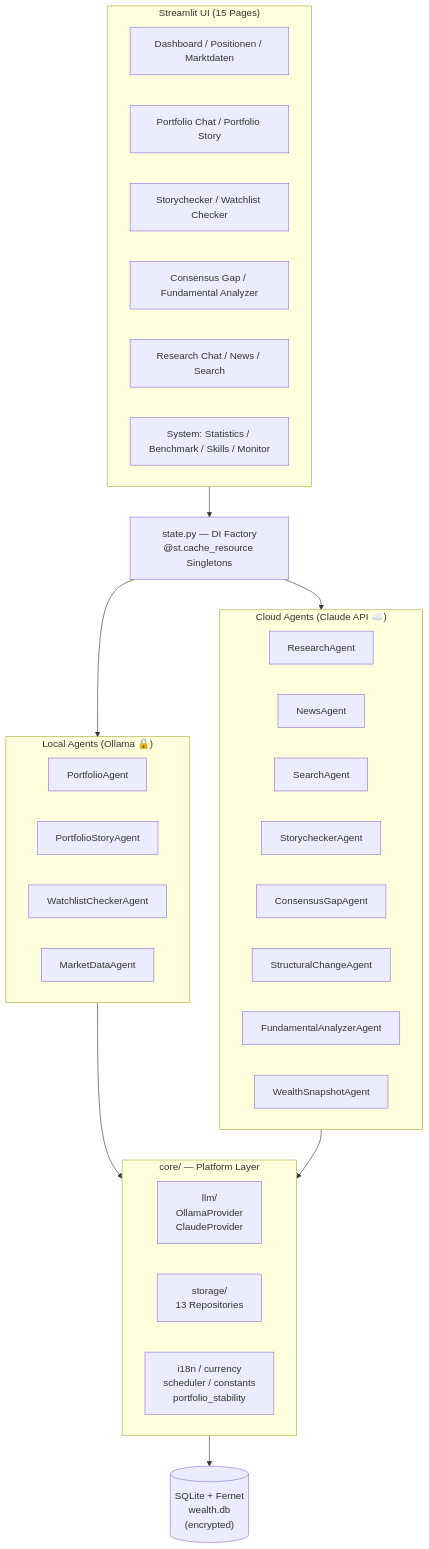
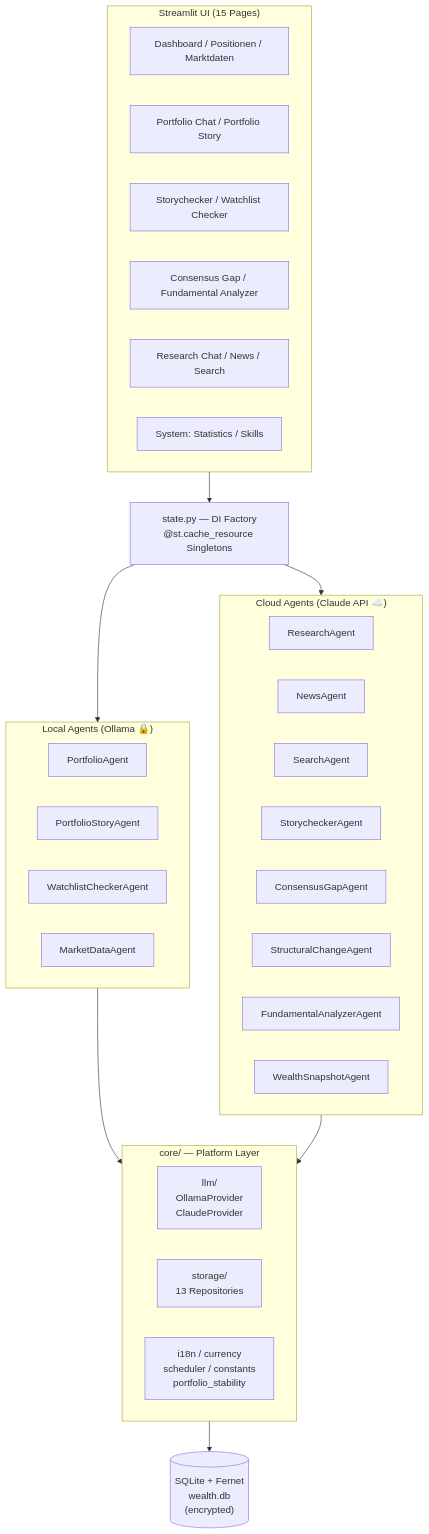
One commit to esc1899/wealth_management changed the first of 2 diagrams in ARCHITECTURE.md. Above: the diagram before and after it, drawn with Mermaid. The commit also changed other lines of this file and 24 other files, not shown here.

````diff
--- a/ARCHITECTURE.md
+++ b/ARCHITECTURE.md
@@ -5,46 +5,46 @@
 ```mermaid
 graph TD
     subgraph UI["Streamlit UI (15 Pages)"]
         PG1["Dashboard / Positionen / Marktdaten"]
         PG2["Portfolio Chat / Portfolio Story"]
         PG3["Storychecker / Watchlist Checker"]
         PG4["Consensus Gap / Fundamental Analyzer"]
         PG5["Research Chat / News / Search"]
-        PG6["System: Statistics / Benchmark / Skills / Monitor"]
+        PG6["System: Statistics / Skills"]
     end
 
     state["state.py — DI Factory<br/>@st.cache_resource Singletons"]
 
     subgraph Local["Local Agents (Ollama 🔒)"]
         PA["PortfolioAgent"]
         PSA["PortfolioStoryAgent"]
         WCA["WatchlistCheckerAgent"]
         MDA["MarketDataAgent"]
     end
 
     subgraph Cloud["Cloud Agents (Claude API ☁️)"]
         RA["ResearchAgent"]
         NA["NewsAgent"]
         SA["SearchAgent"]
         SCA["StorycheckerAgent"]
         CGA["ConsensusGapAgent"]
         STA["StructuralChangeAgent"]
         FAA["FundamentalAnalyzerAgent"]
         WSA["WealthSnapshotAgent"]
     end
 
     subgraph Core["core/ — Platform Layer"]
         LLM["llm/<br/>OllamaProvider<br/>ClaudeProvider"]
         STOR["storage/<br/>13 Repositories"]
         UTIL["i18n / currency<br/>scheduler / constants<br/>portfolio_stability"]
     end
 
     DB[("SQLite + Fernet<br/>wealth.db<br/>(encrypted)")]
 
     UI --> state
     state --> Local
     state --> Cloud
     Local --> Core
     Cloud --> Core
     Core --> DB
 ```
````
